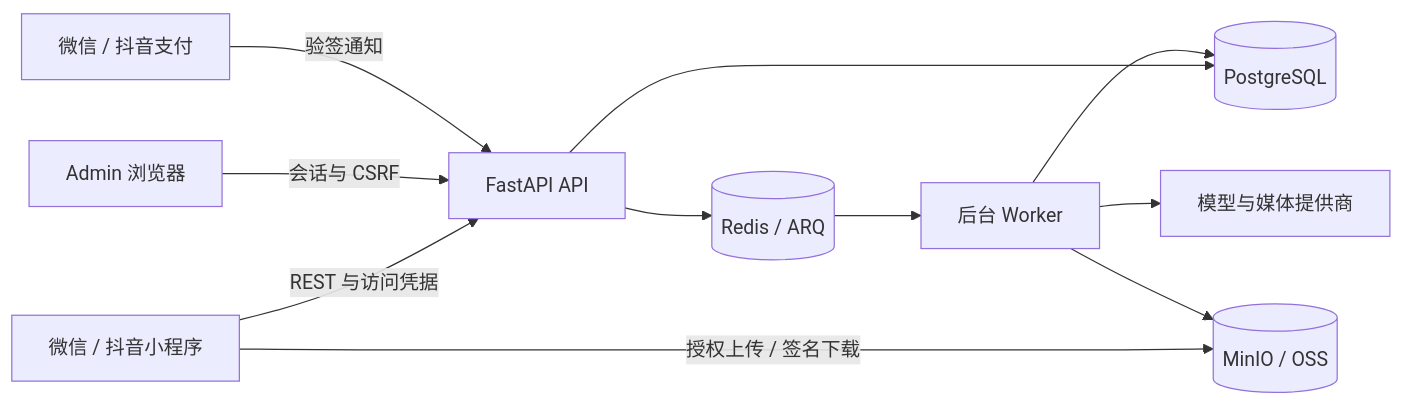
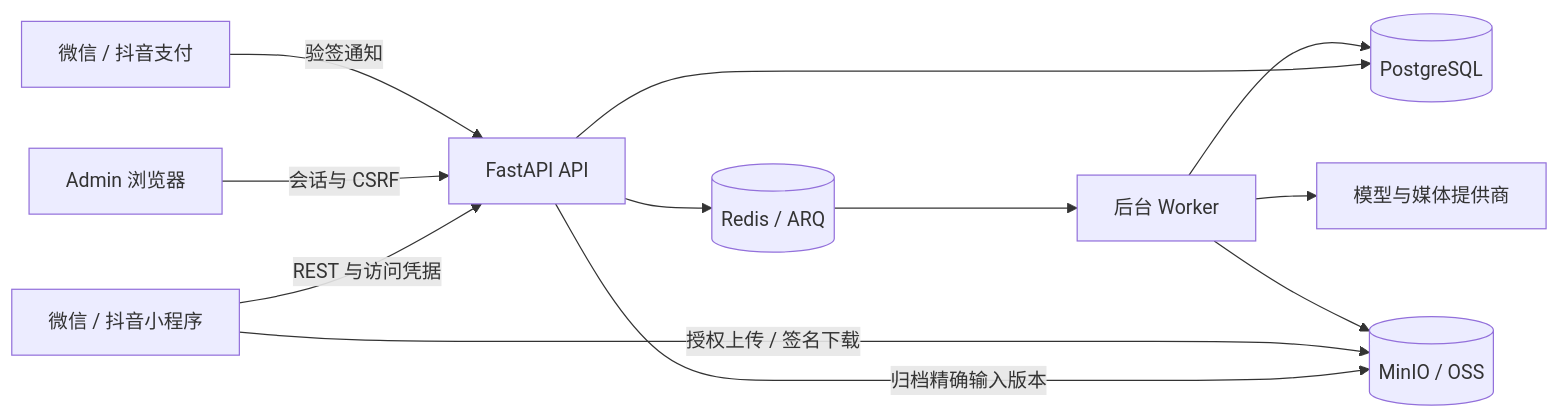
The diagram in zh/get-started/architecture.md (Orientation-CD/docs), drawn with Mermaid before and after one commit. The commit also changed other lines of this file and 187 other files, not shown here.

````diff
--- a/zh/get-started/architecture.md
+++ b/zh/get-started/architecture.md
@@ -5,13 +5,14 @@
 ```mermaid
 flowchart LR
   MP[微信 / 抖音小程序] -->|REST 与访问凭据| API[FastAPI API]
   ADM[Admin 浏览器] -->|会话与 CSRF| API
   API --> DB[(PostgreSQL)]
+  API -->|归档精确输入版本| S
   API --> Q[(Redis / ARQ)]
   Q --> W[后台 Worker]
   W --> P[模型与媒体提供商]
   W --> DB
   MP -->|授权上传 / 签名下载| S[(MinIO / OSS)]
   W --> S
   PAY[微信 / 抖音支付] -->|验签通知| API
 ```
````
